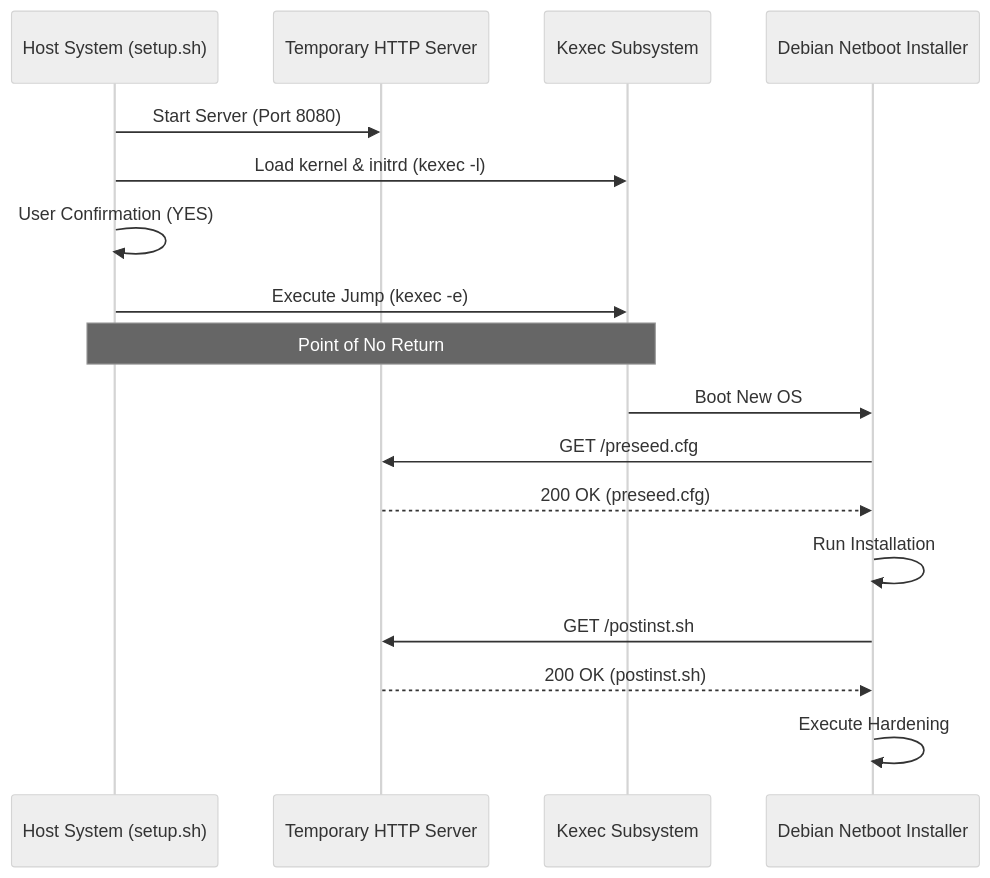
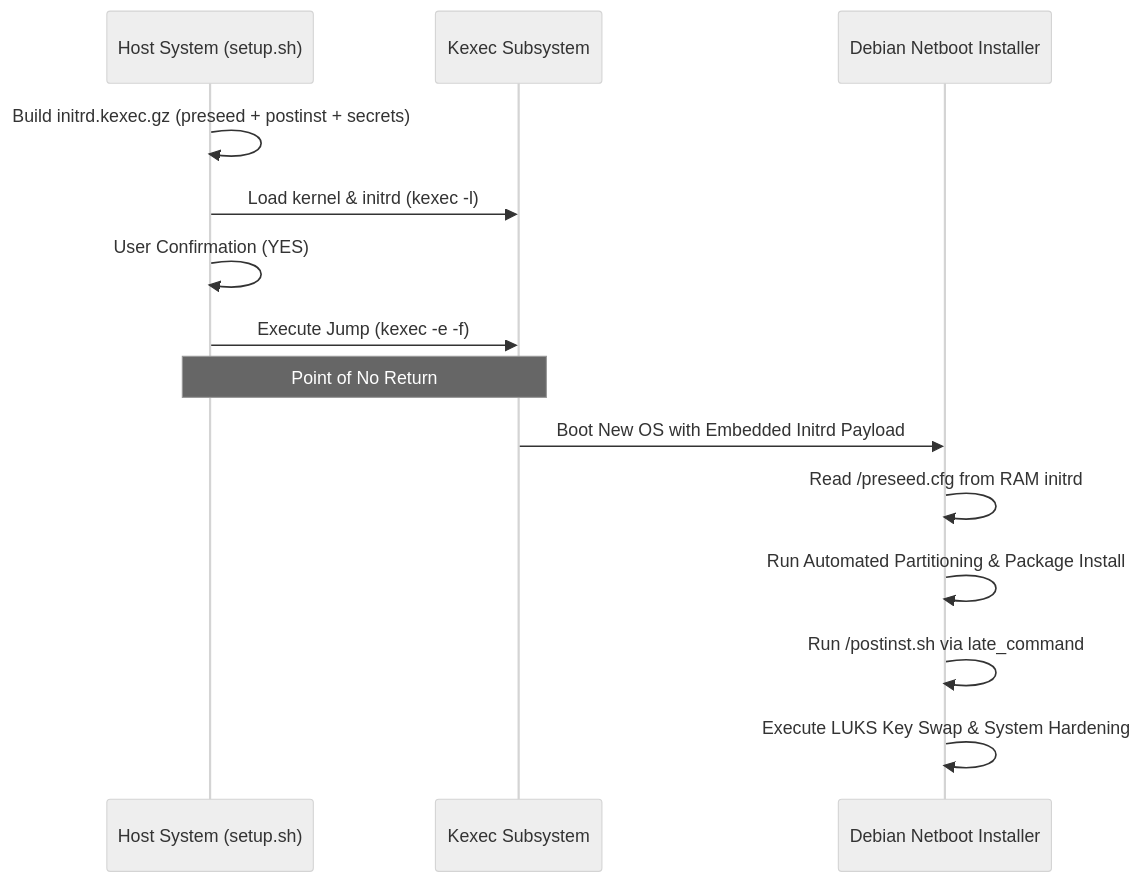
One commit to aadilxgit/vps-setup changed the second of 2 diagrams in .cubic/wiki/02-section-architecture/03-page-kexec-boot.md. Above: the diagram before and after it, drawn with Mermaid (neutral theme). The commit also changed other lines of this file and 10 other files, not shown here.

````diff
--- a/.cubic/wiki/02-section-architecture/03-page-kexec-boot.md
+++ b/.cubic/wiki/02-section-architecture/03-page-kexec-boot.md
@@ -81,20 +94,17 @@
 ```mermaid
 sequenceDiagram
     participant Host as Host System (setup.sh)
-    participant HTTP as Temporary HTTP Server
     participant Kernel as Kexec Subsystem
     participant Installer as Debian Netboot Installer
 
-    Host->>HTTP: Start Server (Port 8080)
+    Host->>Host: Build initrd.kexec.gz (preseed + postinst + secrets)
     Host->>Kernel: Load kernel & initrd (kexec -l)
     Host->>Host: User Confirmation (YES)
-    Host->>Kernel: Execute Jump (kexec -e)
+    Host->>Kernel: Execute Jump (kexec -e -f)
     Note over Host, Kernel: Point of No Return
-    Kernel->>Installer: Boot New OS
-    Installer->>HTTP: GET /preseed.cfg
-    HTTP-->>Installer: 200 OK (preseed.cfg)
-    Installer->>Installer: Run Installation
-    Installer->>HTTP: GET /postinst.sh
-    HTTP-->>Installer: 200 OK (postinst.sh)
-    Installer->>Installer: Execute Hardening
+    Kernel->>Installer: Boot New OS with Embedded Initrd Payload
+    Installer->>Installer: Read /preseed.cfg from RAM initrd
+    Installer->>Installer: Run Automated Partitioning & Package Install
+    Installer->>Installer: Run /postinst.sh via late_command
+    Installer->>Installer: Execute LUKS Key Swap & System Hardening
 ```
````
